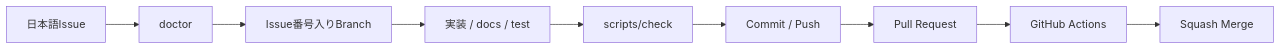
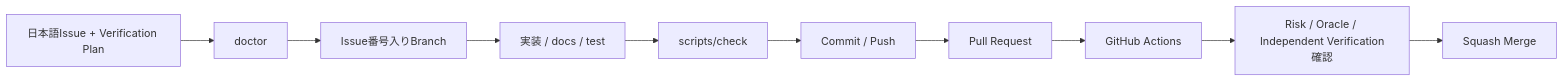
Before and after one commit to k-systems202208/python-sqlite-tailscale-webapp-template: the first of 4 diagrams in docs/DEVELOPMENT.md, drawn with Mermaid. The commit also changed other lines of this file and 6 other files, not shown here.

````diff
--- a/docs/DEVELOPMENT.md
+++ b/docs/DEVELOPMENT.md
@@ -9,11 +9,12 @@
 ```mermaid
 flowchart LR
-    I["日本語Issue"] --> D["doctor"]
+    I["日本語Issue + Verification Plan"] --> D["doctor"]
     D --> B["Issue番号入りBranch"]
     B --> W["実装 / docs / test"]
     W --> Q["scripts/check"]
     Q --> P["Commit / Push"]
     P --> R["Pull Request"]
     R --> C["GitHub Actions"]
-    C --> M["Squash Merge"]
+    C --> V["Risk / Oracle / Independent Verification確認"]
+    V --> M["Squash Merge"]
 ```
````
